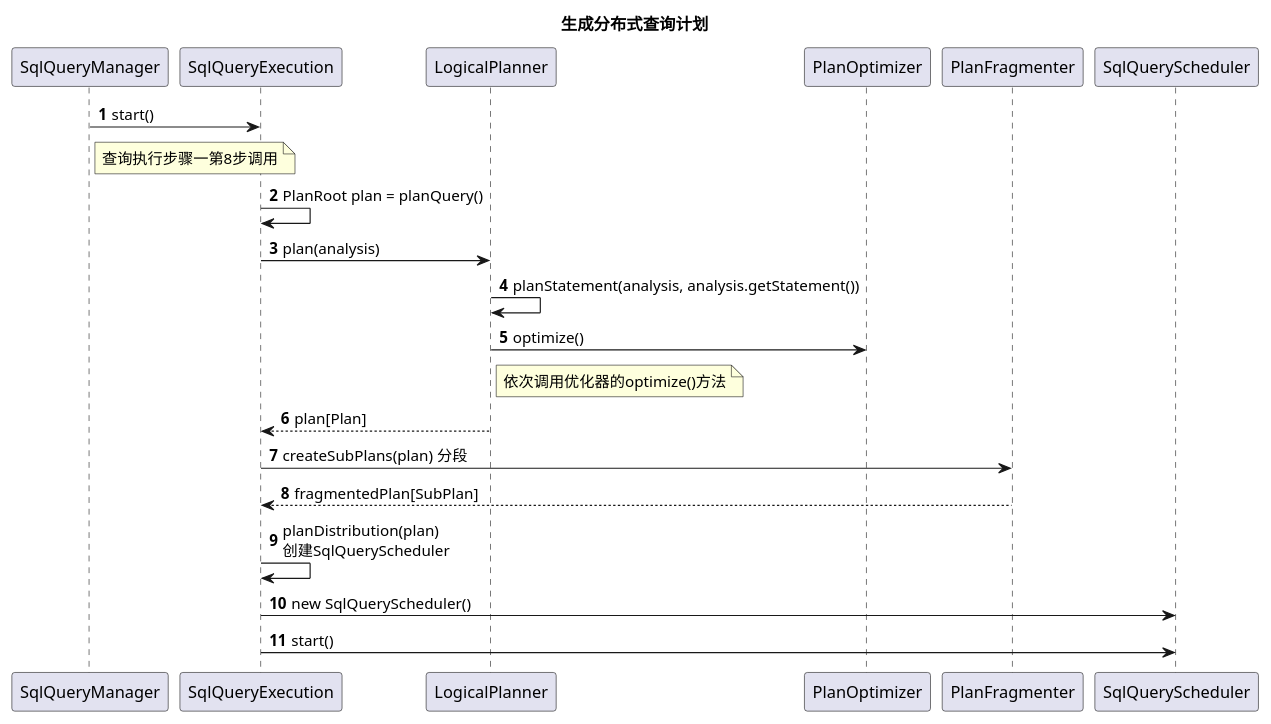
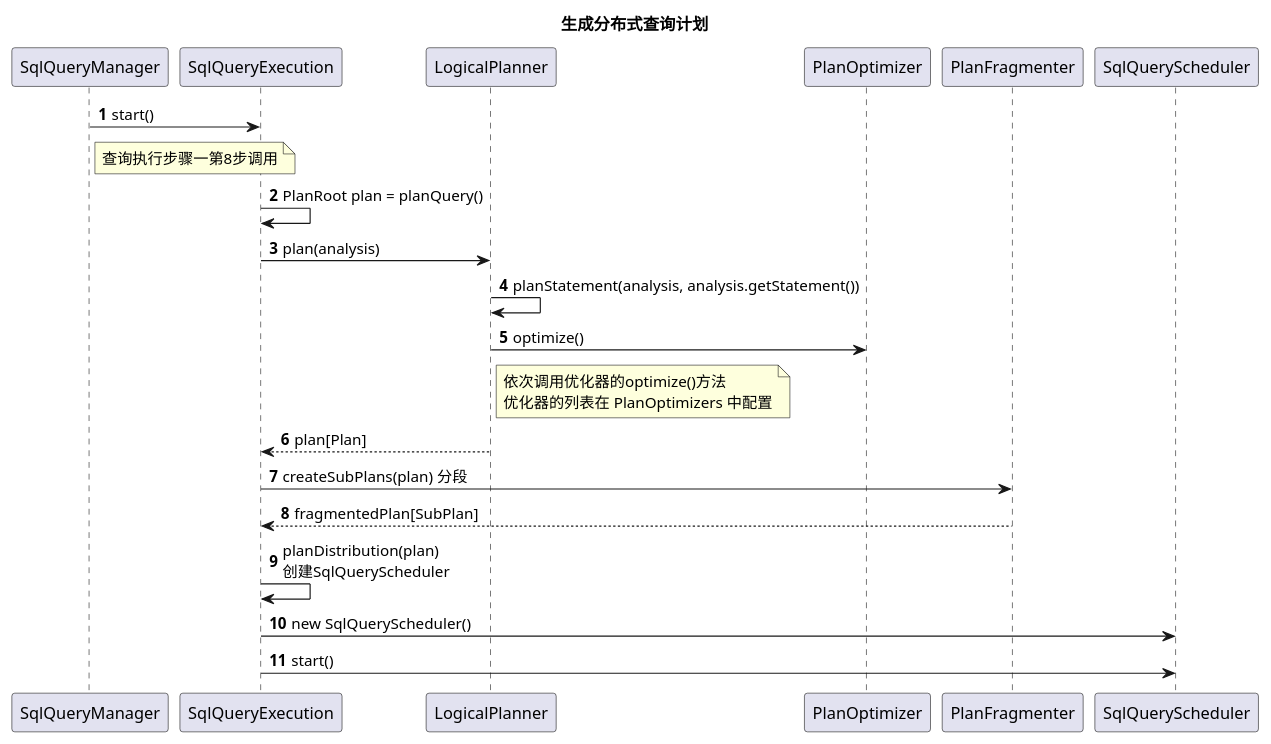
One commit to pyh8023/study changed the second of 3 diagrams in trino/uml/trino_query_planner.puml. Above: the diagram before and after it, drawn with PlantUML. The commit also changed other lines of this file and 349 other files, not shown here.

```diff
--- a/trino/uml/trino_query_planner.puml
+++ b/trino/uml/trino_query_planner.puml
@@ -31,21 +37,22 @@
 @startuml
 autonumber
 title 生成分布式查询计划
 SqlQueryManager -> SqlQueryExecution : start()
 note right of SqlQueryManager
   查询执行步骤一第8步调用
 end note
 SqlQueryExecution -> SqlQueryExecution : PlanRoot plan = planQuery()
 SqlQueryExecution -> LogicalPlanner : plan(analysis)
 LogicalPlanner -> LogicalPlanner : planStatement(analysis, analysis.getStatement())
 LogicalPlanner -> PlanOptimizer : optimize()
 note right of LogicalPlanner
   依次调用优化器的optimize()方法
+  优化器的列表在 PlanOptimizers 中配置
 end note
 SqlQueryExecution <-- LogicalPlanner : plan[Plan]
 SqlQueryExecution -> PlanFragmenter : createSubPlans(plan) 分段
 return fragmentedPlan[SubPlan]
 SqlQueryExecution -> SqlQueryExecution : planDistribution(plan)\n创建SqlQueryScheduler
 SqlQueryExecution -> SqlQueryScheduler : new SqlQueryScheduler()
 SqlQueryExecution -> SqlQueryScheduler : start()
 @enduml
```
